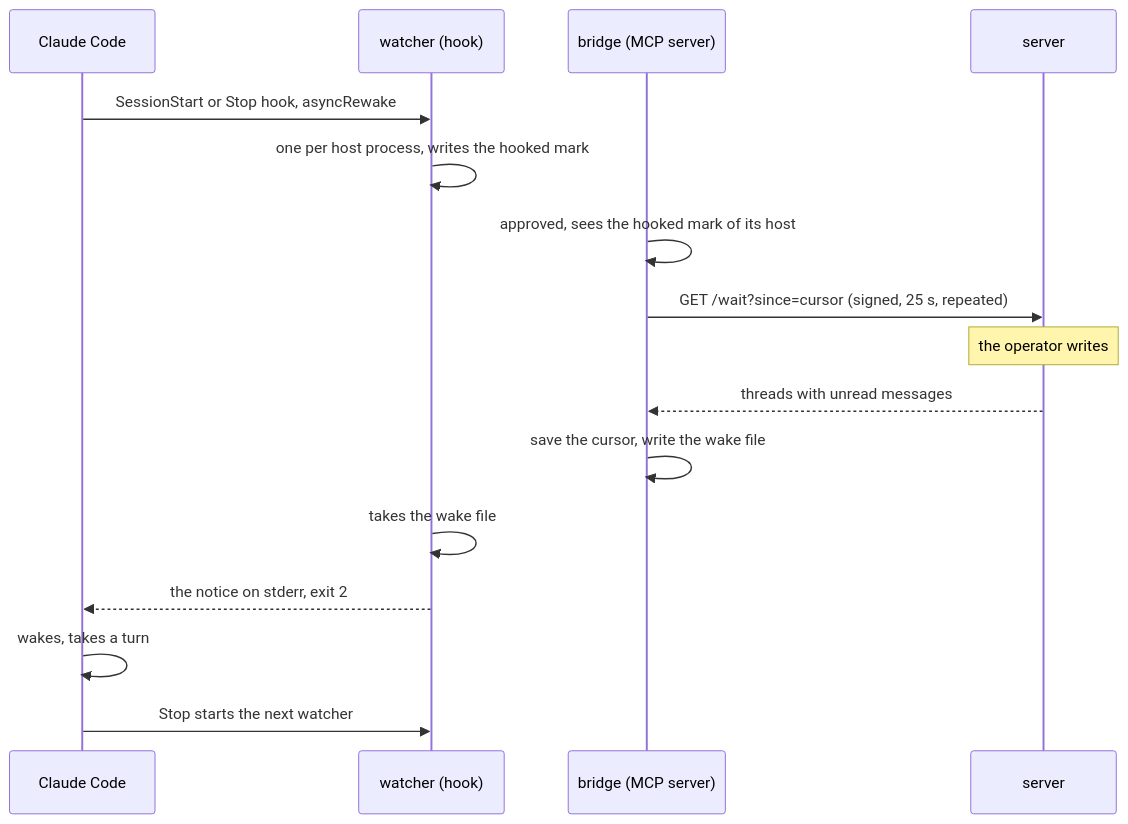
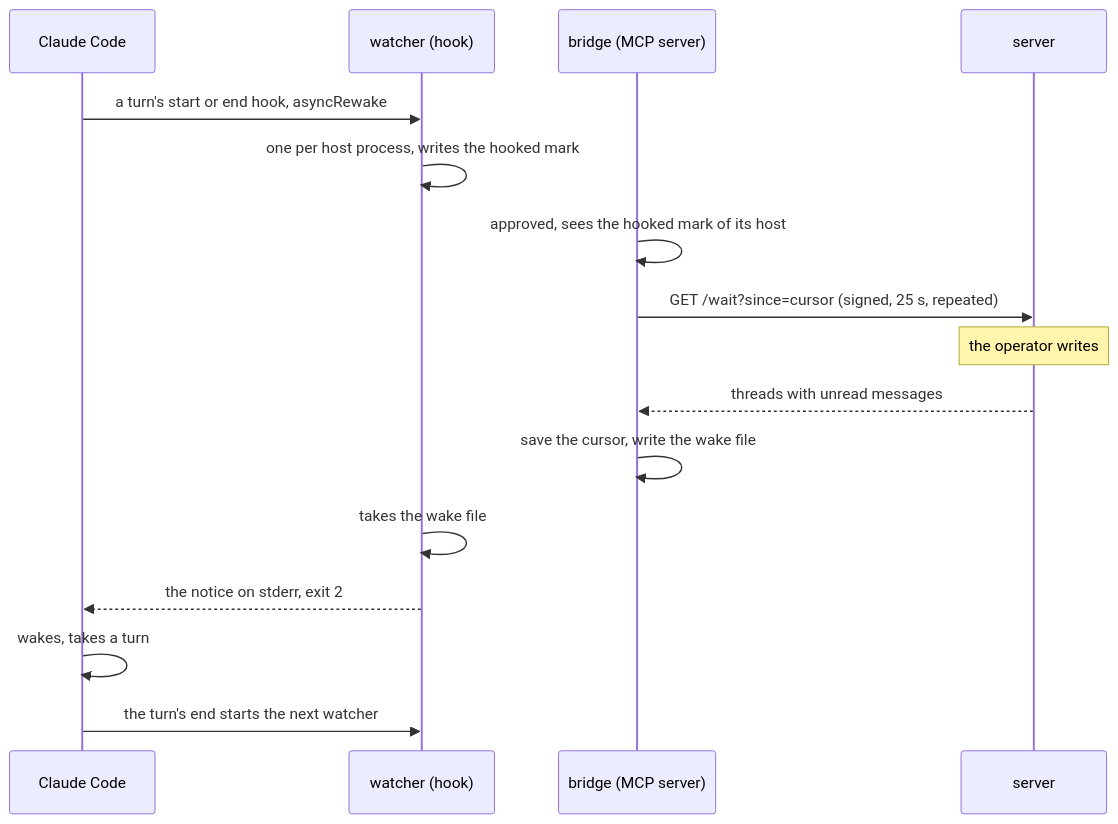
One commit to WayfarerLabs/agention changed the diagram in docs/sdd/2026-11-22-agent-push/hla.md. Above: the diagram before and after it, drawn with Mermaid. The commit also changed 1 other file, not shown here.

Commit message:
docs(sdd): name every hook push runs on, and the --bare gap, before the lock

````diff
--- a/docs/sdd/2026-11-22-agent-push/hla.md
+++ b/docs/sdd/2026-11-22-agent-push/hla.md
@@ -25,18 +25,18 @@
 ```mermaid
 sequenceDiagram
     participant H as Claude Code
     participant W as watcher (hook)
     participant B as bridge (MCP server)
     participant S as server
-    H->>W: SessionStart or Stop hook, asyncRewake
+    H->>W: a turn's start or end hook, asyncRewake
     W->>W: one per host process, writes the hooked mark
     B->>B: approved, sees the hooked mark of its host
     B->>S: GET /wait?since=cursor (signed, 25 s, repeated)
     Note over S: the operator writes
     S-->>B: threads with unread messages
     B->>B: save the cursor, write the wake file
     W->>W: takes the wake file
     W-->>H: the notice on stderr, exit 2
     H->>H: wakes, takes a turn
-    H->>W: Stop starts the next watcher
+    H->>W: the turn's end starts the next watcher
 ```
````
